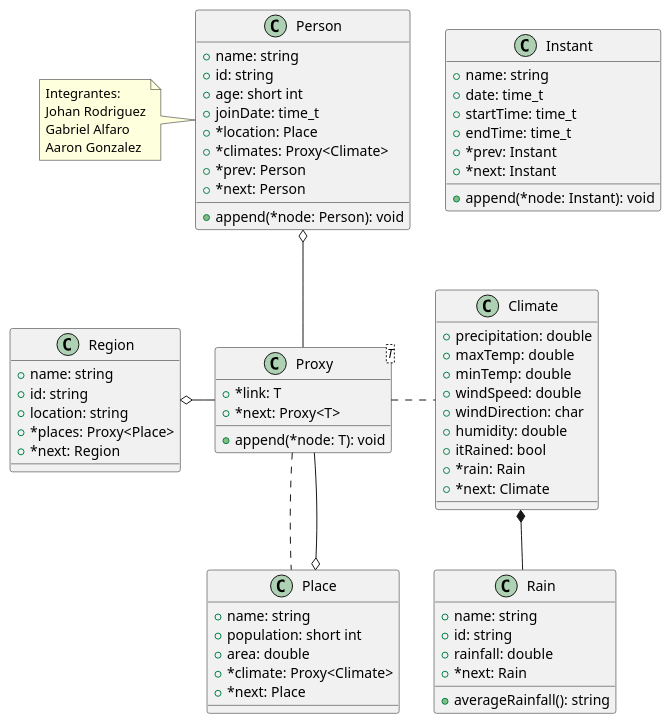
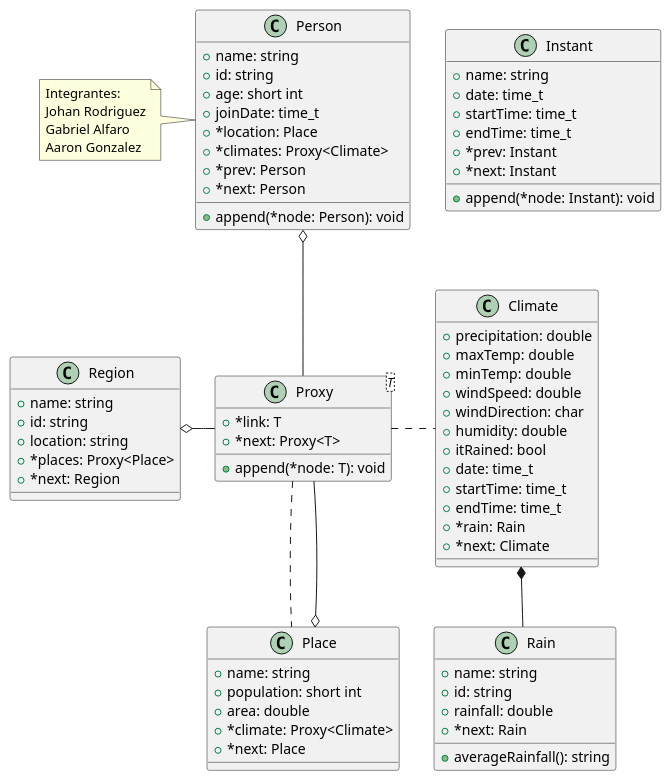
The diagram in Diagram/project-diagram.puml (Johanx22x/DS-Project), drawn with PlantUML before and after one commit. The commit also changed 1 other file, not shown here.

Commit message:
Fix Climate class, doesn't have time

```diff
--- a/Diagram/project-diagram.puml
+++ b/Diagram/project-diagram.puml
@@ -1,85 +1,88 @@
 @startuml Prueba
 
 class Person {
     + name: string
     + id: string
     + age: short int
     + joinDate: time_t
     + *location: Place
     + *climates: Proxy<Climate>
     + *prev: Person
     + *next: Person
 
     + append(*node: Person): void
 }
 
 class Proxy<T> {
     + *link: T
     + *next: Proxy<T>
 
     + append(*node: T): void
 }
 
 class Climate {
     + precipitation: double
     + maxTemp: double
     + minTemp: double
     + windSpeed: double
     + windDirection: char
     + humidity: double
     + itRained: bool
+    + date: time_t
+    + startTime: time_t
+    + endTime: time_t
     + *rain: Rain
     + *next: Climate
 }
 
 class Rain {
     + name: string
     + id: string
     + rainfall: double
     + *next: Rain
 
     + averageRainfall(): string
 }
 
 class Region {
     + name: string
     + id: string
     + location: string
     + *places: Proxy<Place>
     + *next: Region
 }
 
 class Place {
     + name: string
     + population: short int
     + area: double
     + *climate: Proxy<Climate>
     + *next: Place
 }
 
 class Instant {
     + name: string
     + date: time_t
     + startTime: time_t
     + endTime: time_t
     + *prev: Instant
     + *next: Instant
 
     + append(*node: Instant): void
 }
 
 Person o-down- Proxy
 Proxy .right. Climate
 Climate *-down- Rain
 Region o-right- Proxy
 Proxy .down. Place
 Place o-up- Proxy
 
 note left of Person
     Integrantes:
     Johan Rodriguez
     Gabriel Alfaro
     Aaron Gonzalez
 endnote
 
 @enduml
```
